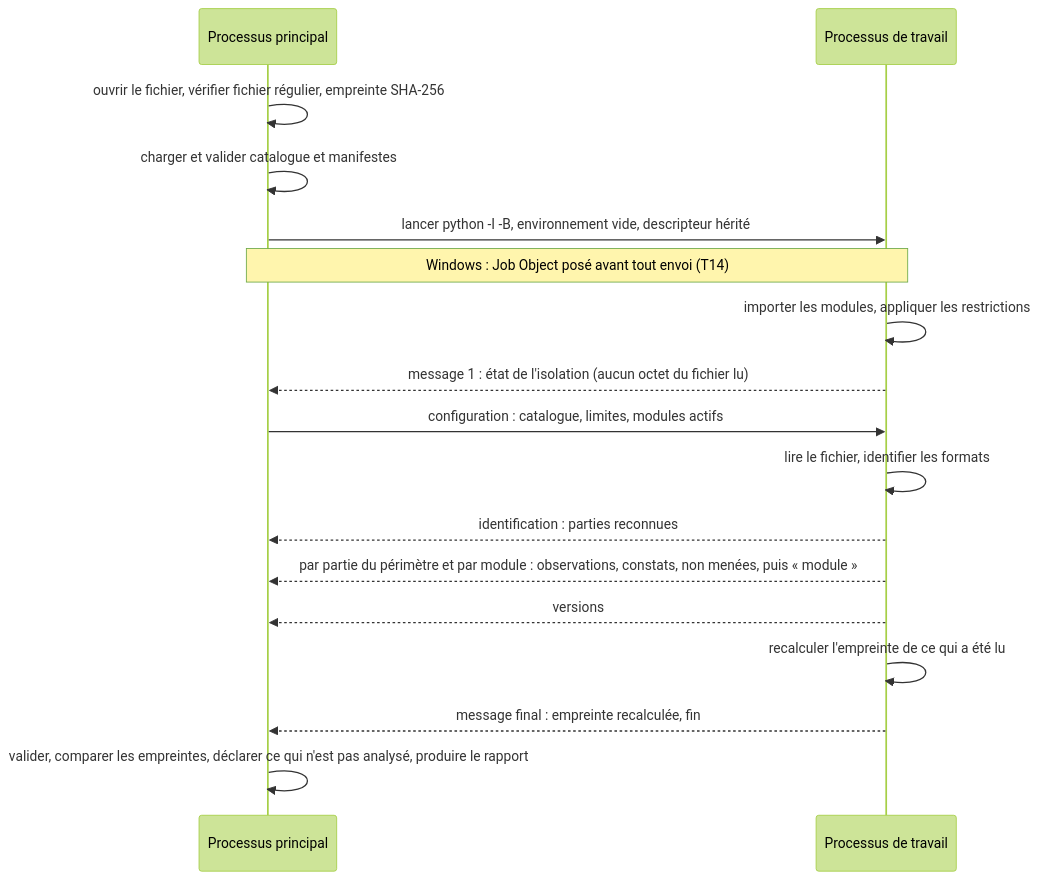
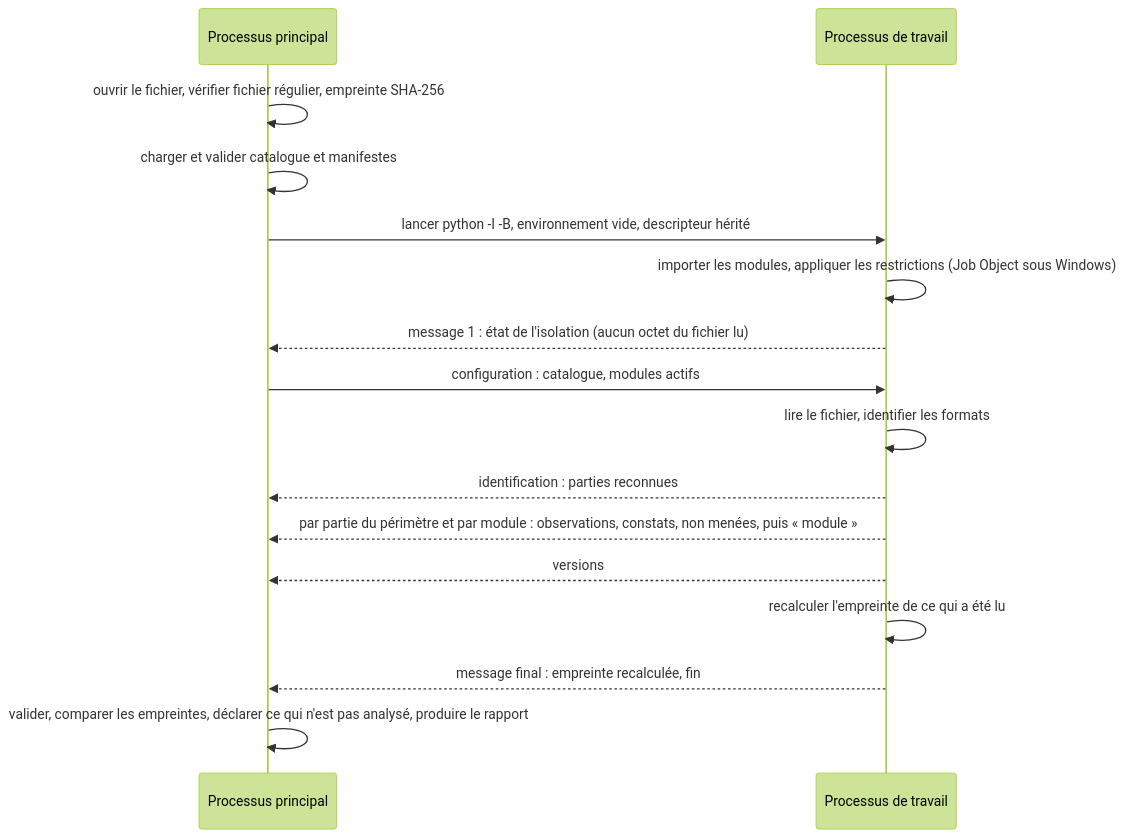
One commit to TheDarkMac/AI-detector changed the second of 2 diagrams in docs/architecture/architecture.md. Above: the diagram before and after it, drawn with Mermaid (forest theme). The commit also changed other lines of this file and 27 other files, not shown here.

````diff
--- a/docs/architecture/architecture.md
+++ b/docs/architecture/architecture.md
@@ -78,19 +78,18 @@
 ```mermaid
 sequenceDiagram
   participant P1 as Processus principal
   participant P2 as Processus de travail
   P1->>P1: ouvrir le fichier, vérifier fichier régulier, empreinte SHA-256
   P1->>P1: charger et valider catalogue et manifestes
   P1->>P2: lancer python -I -B, environnement vide, descripteur hérité
-  Note over P1,P2: Windows : Job Object posé avant tout envoi (T14)
-  P2->>P2: importer les modules, appliquer les restrictions
+  P2->>P2: importer les modules, appliquer les restrictions (Job Object sous Windows)
   P2-->>P1: message 1 : état de l'isolation (aucun octet du fichier lu)
-  P1->>P2: configuration : catalogue, limites, modules actifs
+  P1->>P2: configuration : catalogue, modules actifs
   P2->>P2: lire le fichier, identifier les formats
   P2-->>P1: identification : parties reconnues
   P2-->>P1: par partie du périmètre et par module : observations, constats, non menées, puis « module »
   P2-->>P1: versions
   P2->>P2: recalculer l'empreinte de ce qui a été lu
   P2-->>P1: message final : empreinte recalculée, fin
   P1->>P1: valider, comparer les empreintes, déclarer ce qui n'est pas analysé, produire le rapport
 ```
````
